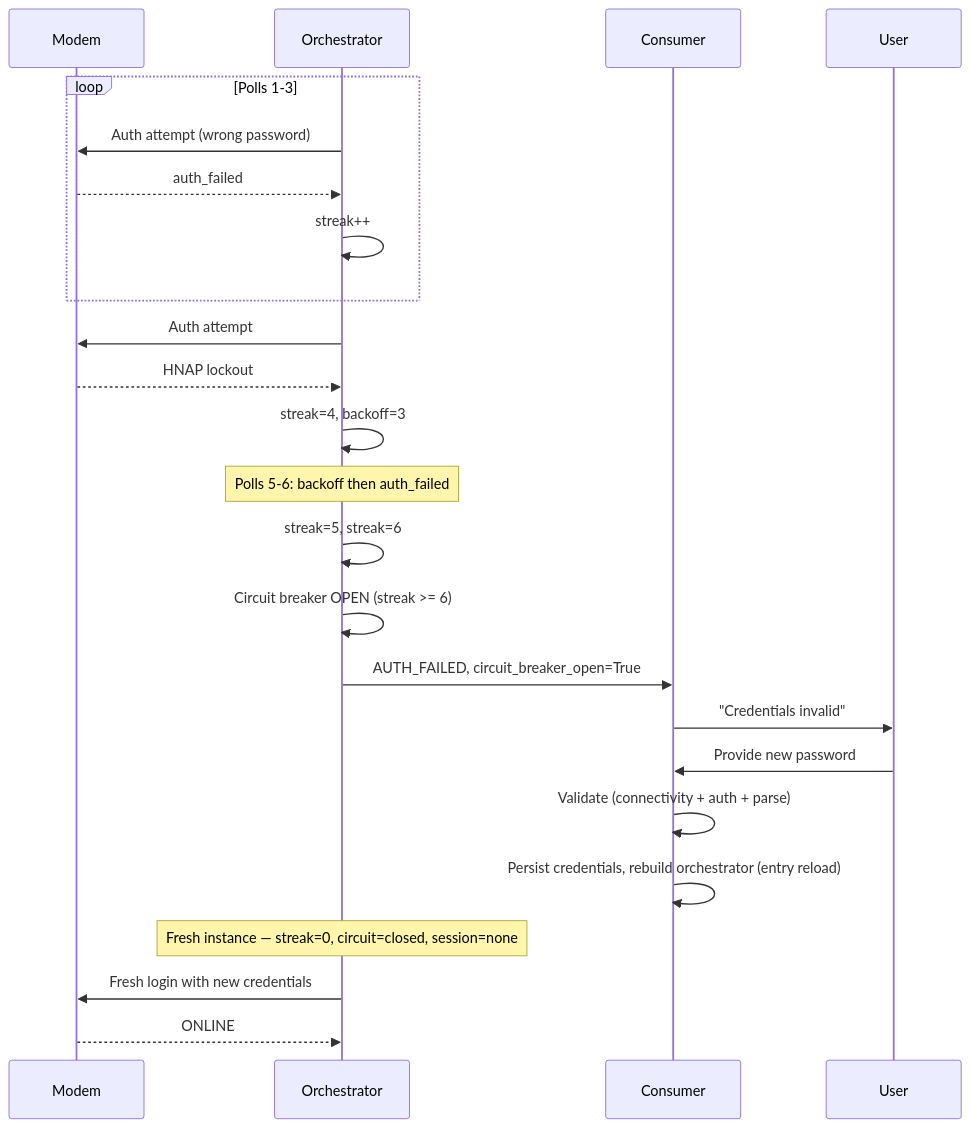
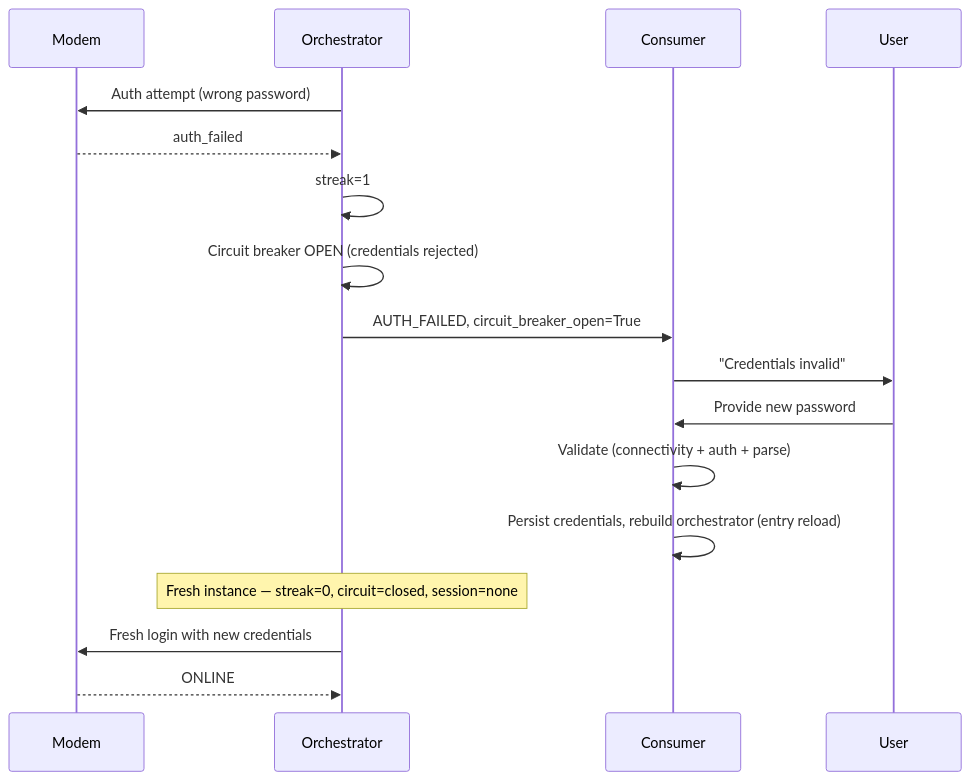
One commit to kwschulz/cable_modem_monitor changed the seventh of 8 diagrams in packages/cable_modem_monitor_core/docs/ORCHESTRATION_USE_CASES.md. Above: the diagram before and after it, drawn with Mermaid. The commit also changed other lines of this file and 8 other files, not shown here.

First line of the commit message:
docs(core): reconcile HNAP lockout across five specs

````diff
--- a/packages/cable_modem_monitor_core/docs/ORCHESTRATION_USE_CASES.md
+++ b/packages/cable_modem_monitor_core/docs/ORCHESTRATION_USE_CASES.md
@@ -1612,30 +1600,21 @@
 ```mermaid
 sequenceDiagram
     participant M as Modem
     participant O as Orchestrator
     participant C as Consumer
     participant U as User
 
-    loop Polls 1-3
-        O->>M: Auth attempt (wrong password)
-        M-->>O: auth_failed
-        O->>O: streak++
-    end
+    O->>M: Auth attempt (wrong password)
+    M-->>O: auth_failed
+    O->>O: streak=1
 
-    O->>M: Auth attempt
-    M-->>O: HNAP lockout
-    O->>O: streak=4, backoff=3
-
-    Note over O: Polls 5-6: backoff then auth_failed
-    O->>O: streak=5, streak=6
-
-    O->>O: Circuit breaker OPEN (streak >= 6)
+    O->>O: Circuit breaker OPEN (credentials rejected)
     O->>C: AUTH_FAILED, circuit_breaker_open=True
     C->>U: "Credentials invalid"
     U->>C: Provide new password
     C->>C: Validate (connectivity + auth + parse)
     C->>C: Persist credentials, rebuild orchestrator (entry reload)
     Note over O: Fresh instance — streak=0, circuit=closed, session=none
     O->>M: Fresh login with new credentials
     M-->>O: ONLINE
 ```
````
